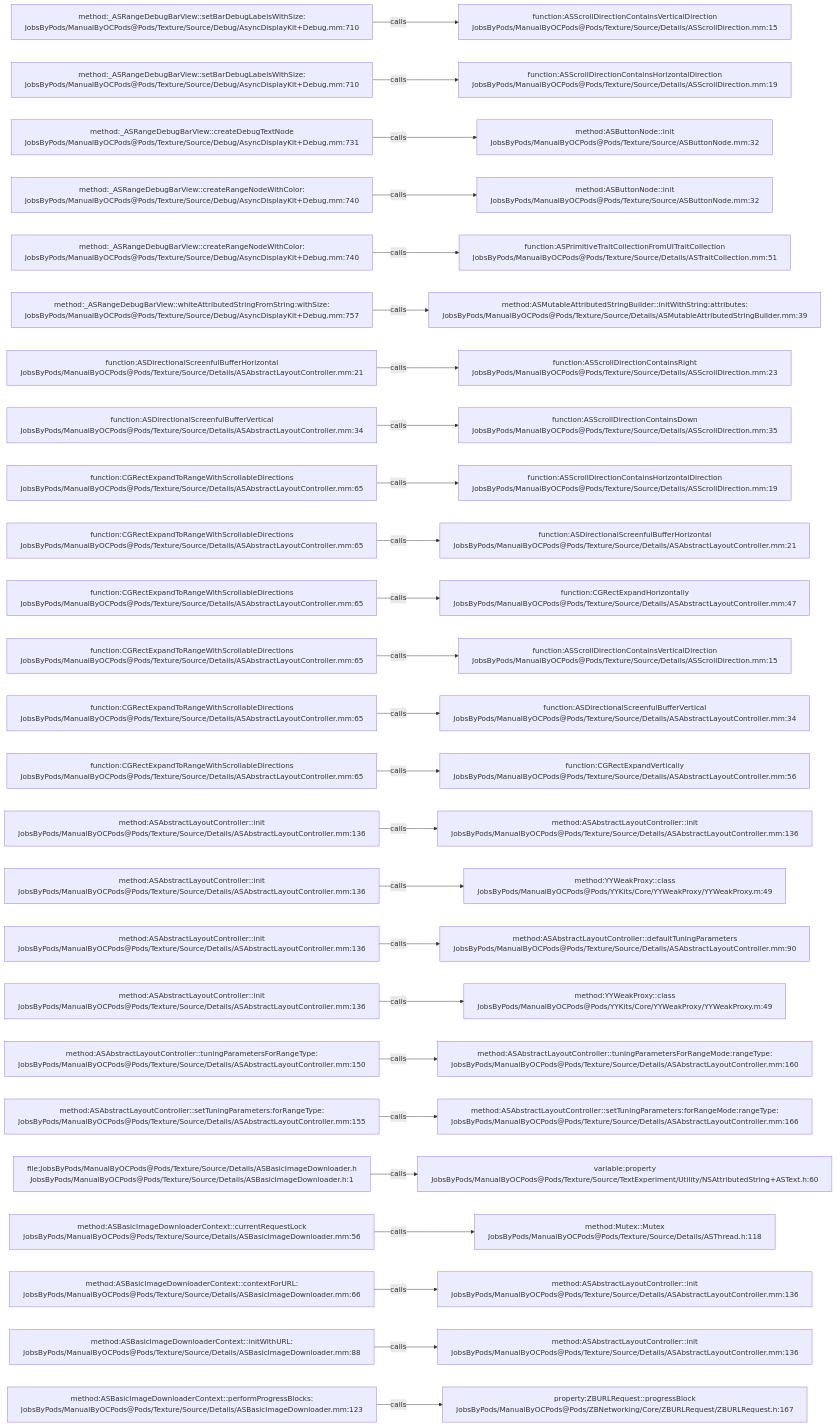
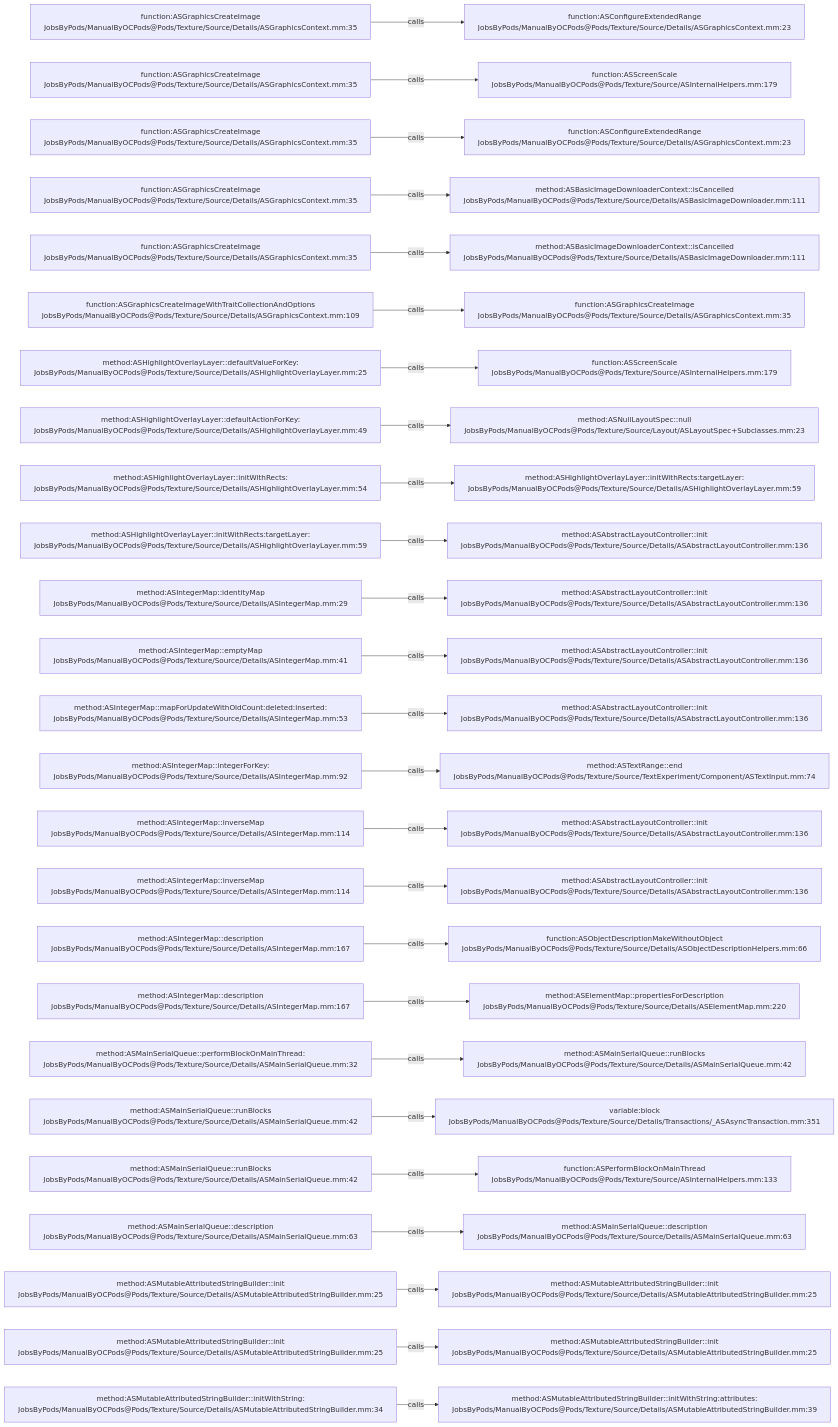
One commit to JobsKits/JobsOCBaseConfigDemo changed the diagram in .codegraph/codegraph.md/graphs/calls-142.md. Above: the diagram before and after it, drawn with Mermaid. The commit also changed 2723 other files, not shown here.

````diff
--- a/.codegraph/codegraph.md/graphs/calls-142.md
+++ b/.codegraph/codegraph.md/graphs/calls-142.md
@@ -13,78 +13,78 @@
 ```mermaid
 flowchart LR
-  S1["method:_ASRangeDebugBarView::setBarDebugLabelsWithSize:<br/>JobsByPods/ManualByOCPods@Pods/Texture/Source/Debug/AsyncDisplayKit+Debug.mm:710"]
-  T1["function:ASScrollDirectionContainsVerticalDirection<br/>JobsByPods/ManualByOCPods@Pods/Texture/Source/Details/ASScrollDirection.mm:15"]
+  S1["function:ASGraphicsCreateImage<br/>JobsByPods/ManualByOCPods@Pods/Texture/Source/Details/ASGraphicsContext.mm:35"]
+  T1["function:ASConfigureExtendedRange<br/>JobsByPods/ManualByOCPods@Pods/Texture/Source/Details/ASGraphicsContext.mm:23"]
   S1 -->|calls| T1
-  S2["method:_ASRangeDebugBarView::setBarDebugLabelsWithSize:<br/>JobsByPods/ManualByOCPods@Pods/Texture/Source/Debug/AsyncDisplayKit+Debug.mm:710"]
-  T2["function:ASScrollDirectionContainsHorizontalDirection<br/>JobsByPods/ManualByOCPods@Pods/Texture/Source/Details/ASScrollDirection.mm:19"]
+  S2["function:ASGraphicsCreateImage<br/>JobsByPods/ManualByOCPods@Pods/Texture/Source/Details/ASGraphicsContext.mm:35"]
+  T2["function:ASScreenScale<br/>JobsByPods/ManualByOCPods@Pods/Texture/Source/ASInternalHelpers.mm:179"]
   S2 -->|calls| T2
-  S3["method:_ASRangeDebugBarView::createDebugTextNode<br/>JobsByPods/ManualByOCPods@Pods/Texture/Source/Debug/AsyncDisplayKit+Debug.mm:731"]
-  T3["method:ASButtonNode::init<br/>JobsByPods/ManualByOCPods@Pods/Texture/Source/ASButtonNode.mm:32"]
+  S3["function:ASGraphicsCreateImage<br/>JobsByPods/ManualByOCPods@Pods/Texture/Source/Details/ASGraphicsContext.mm:35"]
+  T3["function:ASConfigureExtendedRange<br/>JobsByPods/ManualByOCPods@Pods/Texture/Source/Details/ASGraphicsContext.mm:23"]
   S3 -->|calls| T3
-  S4["method:_ASRangeDebugBarView::createRangeNodeWithColor:<br/>JobsByPods/ManualByOCPods@Pods/Texture/Source/Debug/AsyncDisplayKit+Debug.mm:740"]
-  T4["method:ASButtonNode::init<br/>JobsByPods/ManualByOCPods@Pods/Texture/Source/ASButtonNode.mm:32"]
+  S4["function:ASGraphicsCreateImage<br/>JobsByPods/ManualByOCPods@Pods/Texture/Source/Details/ASGraphicsContext.mm:35"]
+  T4["method:ASBasicImageDownloaderContext::isCancelled<br/>JobsByPods/ManualByOCPods@Pods/Texture/Source/Details/ASBasicImageDownloader.mm:111"]
   S4 -->|calls| T4
-  S5["method:_ASRangeDebugBarView::createRangeNodeWithColor:<br/>JobsByPods/ManualByOCPods@Pods/Texture/Source/Debug/AsyncDisplayKit+Debug.mm:740"]
-  T5["function:ASPrimitiveTraitCollectionFromUITraitCollection<br/>JobsByPods/ManualByOCPods@Pods/Texture/Source/Details/ASTraitCollection.mm:51"]
+  S5["function:ASGraphicsCreateImage<br/>JobsByPods/ManualByOCPods@Pods/Texture/Source/Details/ASGraphicsContext.mm:35"]
+  T5["method:ASBasicImageDownloaderContext::isCancelled<br/>JobsByPods/ManualByOCPods@Pods/Texture/Source/Details/ASBasicImageDownloader.mm:111"]
   S5 -->|calls| T5
-  S6["method:_ASRangeDebugBarView::whiteAttributedStringFromString:withSize:<br/>JobsByPods/ManualByOCPods@Pods/Texture/Source/Debug/AsyncDisplayKit+Debug.mm:757"]
-  T6["method:ASMutableAttributedStringBuilder::initWithString:attributes:<br/>JobsByPods/ManualByOCPods@Pods/Texture/Source/Details/ASMutableAttributedStringBuilder.mm:39"]
+  S6["function:ASGraphicsCreateImageWithTraitCollectionAndOptions<br/>JobsByPods/ManualByOCPods@Pods/Texture/Source/Details/ASGraphicsContext.mm:109"]
+  T6["function:ASGraphicsCreateImage<br/>JobsByPods/ManualByOCPods@Pods/Texture/Source/Details/ASGraphicsContext.mm:35"]
   S6 -->|calls| T6
-  S7["function:ASDirectionalScreenfulBufferHorizontal<br/>JobsByPods/ManualByOCPods@Pods/Texture/Source/Details/ASAbstractLayoutController.mm:21"]
-  T7["function:ASScrollDirectionContainsRight<br/>JobsByPods/ManualByOCPods@Pods/Texture/Source/Details/ASScrollDirection.mm:23"]
+  S7["method:ASHighlightOverlayLayer::defaultValueForKey:<br/>JobsByPods/ManualByOCPods@Pods/Texture/Source/Details/ASHighlightOverlayLayer.mm:25"]
+  T7["function:ASScreenScale<br/>JobsByPods/ManualByOCPods@Pods/Texture/Source/ASInternalHelpers.mm:179"]
   S7 -->|calls| T7
-  S8["function:ASDirectionalScreenfulBufferVertical<br/>JobsByPods/ManualByOCPods@Pods/Texture/Source/Details/ASAbstractLayoutController.mm:34"]
-  T8["function:ASScrollDirectionContainsDown<br/>JobsByPods/ManualByOCPods@Pods/Texture/Source/Details/ASScrollDirection.mm:35"]
+  S8["method:ASHighlightOverlayLayer::defaultActionForKey:<br/>JobsByPods/ManualByOCPods@Pods/Texture/Source/Details/ASHighlightOverlayLayer.mm:49"]
+  T8["method:ASNullLayoutSpec::null<br/>JobsByPods/ManualByOCPods@Pods/Texture/Source/Layout/ASLayoutSpec+Subclasses.mm:23"]
   S8 -->|calls| T8
-  S9["function:CGRectExpandToRangeWithScrollableDirections<br/>JobsByPods/ManualByOCPods@Pods/Texture/Source/Details/ASAbstractLayoutController.mm:65"]
-  T9["function:ASScrollDirectionContainsHorizontalDirection<br/>JobsByPods/ManualByOCPods@Pods/Texture/Source/Details/ASScrollDirection.mm:19"]
+  S9["method:ASHighlightOverlayLayer::initWithRects:<br/>JobsByPods/ManualByOCPods@Pods/Texture/Source/Details/ASHighlightOverlayLayer.mm:54"]
+  T9["method:ASHighlightOverlayLayer::initWithRects:targetLayer:<br/>JobsByPods/ManualByOCPods@Pods/Texture/Source/Details/ASHighlightOverlayLayer.mm:59"]
   S9 -->|calls| T9
-  S10["function:CGRectExpandToRangeWithScrollableDirections<br/>JobsByPods/ManualByOCPods@Pods/Texture/Source/Details/ASAbstractLayoutController.mm:65"]
-  T10["function:ASDirectionalScreenfulBufferHorizontal<br/>JobsByPods/ManualByOCPods@Pods/Texture/Source/Details/ASAbstractLayoutController.mm:21"]
+  S10["method:ASHighlightOverlayLayer::initWithRects:targetLayer:<br/>JobsByPods/ManualByOCPods@Pods/Texture/Source/Details/ASHighlightOverlayLayer.mm:59"]
+  T10["method:ASAbstractLayoutController::init<br/>JobsByPods/ManualByOCPods@Pods/Texture/Source/Details/ASAbstractLayoutController.mm:136"]
   S10 -->|calls| T10
-  S11["function:CGRectExpandToRangeWithScrollableDirections<br/>JobsByPods/ManualByOCPods@Pods/Texture/Source/Details/ASAbstractLayoutController.mm:65"]
-  T11["function:CGRectExpandHorizontally<br/>JobsByPods/ManualByOCPods@Pods/Texture/Source/Details/ASAbstractLayoutController.mm:47"]
+  S11["method:ASIntegerMap::identityMap<br/>JobsByPods/ManualByOCPods@Pods/Texture/Source/Details/ASIntegerMap.mm:29"]
+  T11["method:ASAbstractLayoutController::init<br/>JobsByPods/ManualByOCPods@Pods/Texture/Source/Details/ASAbstractLayoutController.mm:136"]
   S11 -->|calls| T11
-  S12["function:CGRectExpandToRangeWithScrollableDirections<br/>JobsByPods/ManualByOCPods@Pods/Texture/Source/Details/ASAbstractLayoutController.mm:65"]
-  T12["function:ASScrollDirectionContainsVerticalDirection<br/>JobsByPods/ManualByOCPods@Pods/Texture/Source/Details/ASScrollDirection.mm:15"]
+  S12["method:ASIntegerMap::emptyMap<br/>JobsByPods/ManualByOCPods@Pods/Texture/Source/Details/ASIntegerMap.mm:41"]
+  T12["method:ASAbstractLayoutController::init<br/>JobsByPods/ManualByOCPods@Pods/Texture/Source/Details/ASAbstractLayoutController.mm:136"]
   S12 -->|calls| T12
-  S13["function:CGRectExpandToRangeWithScrollableDirections<br/>JobsByPods/ManualByOCPods@Pods/Texture/Source/Details/ASAbstractLayoutController.mm:65"]
-  T13["function:ASDirectionalScreenfulBufferVertical<br/>JobsByPods/ManualByOCPods@Pods/Texture/Source/Details/ASAbstractLayoutController.mm:34"]
+  S13["method:ASIntegerMap::mapForUpdateWithOldCount:deleted:inserted:<br/>JobsByPods/ManualByOCPods@Pods/Texture/Source/Details/ASIntegerMap.mm:53"]
+  T13["method:ASAbstractLayoutController::init<br/>JobsByPods/ManualByOCPods@Pods/Texture/Source/Details/ASAbstractLayoutController.mm:136"]
   S13 -->|calls| T13
-  S14["function:CGRectExpandToRangeWithScrollableDirections<br/>JobsByPods/ManualByOCPods@Pods/Texture/Source/Details/ASAbstractLayoutController.mm:65"]
-  T14["function:CGRectExpandVertically<br/>JobsByPods/ManualByOCPods@Pods/Texture/Source/Details/ASAbstractLayoutController.mm:56"]
+  S14["method:ASIntegerMap::integerForKey:<br/>JobsByPods/ManualByOCPods@Pods/Texture/Source/Details/ASIntegerMap.mm:92"]
+  T14["method:ASTextRange::end<br/>JobsByPods/ManualByOCPods@Pods/Texture/Source/TextExperiment/Component/ASTextInput.mm:74"]
   S14 -->|calls| T14
-  S15["method:ASAbstractLayoutController::init<br/>JobsByPods/ManualByOCPods@Pods/Texture/Source/Details/ASAbstractLayoutController.mm:136"]
+  S15["method:ASIntegerMap::inverseMap<br/>JobsByPods/ManualByOCPods@Pods/Texture/Source/Details/ASIntegerMap.mm:114"]
   T15["method:ASAbstractLayoutController::init<br/>JobsByPods/ManualByOCPods@Pods/Texture/Source/Details/ASAbstractLayoutController.mm:136"]
   S15 -->|calls| T15
-  S16["method:ASAbstractLayoutController::init<br/>JobsByPods/ManualByOCPods@Pods/Texture/Source/Details/ASAbstractLayoutController.mm:136"]
-  T16["method:YYWeakProxy::class<br/>JobsByPods/ManualByOCPods@Pods/YYKits/Core/YYWeakProxy/YYWeakProxy.m:49"]
+  S16["method:ASIntegerMap::inverseMap<br/>JobsByPods/ManualByOCPods@Pods/Texture/Source/Details/ASIntegerMap.mm:114"]
+  T16["method:ASAbstractLayoutController::init<br/>JobsByPods/ManualByOCPods@Pods/Texture/Source/Details/ASAbstractLayoutController.mm:136"]
   S16 -->|calls| T16
-  S17["method:ASAbstractLayoutController::init<br/>JobsByPods/ManualByOCPods@Pods/Texture/Source/Details/ASAbstractLayoutController.mm:136"]
-  T17["method:ASAbstractLayoutController::defaultTuningParameters<br/>JobsByPods/ManualByOCPods@Pods/Texture/Source/Details/ASAbstractLayoutController.mm:90"]
+  S17["method:ASIntegerMap::description<br/>JobsByPods/ManualByOCPods@Pods/Texture/Source/Details/ASIntegerMap.mm:167"]
+  T17["function:ASObjectDescriptionMakeWithoutObject<br/>JobsByPods/ManualByOCPods@Pods/Texture/Source/Details/ASObjectDescriptionHelpers.mm:66"]
   S17 -->|calls| T17
-  S18["method:ASAbstractLayoutController::init<br/>JobsByPods/ManualByOCPods@Pods/Texture/Source/Details/ASAbstractLayoutController.mm:136"]
-  T18["method:YYWeakProxy::class<br/>JobsByPods/ManualByOCPods@Pods/YYKits/Core/YYWeakProxy/YYWeakProxy.m:49"]
+  S18["method:ASIntegerMap::description<br/>JobsByPods/ManualByOCPods@Pods/Texture/Source/Details/ASIntegerMap.mm:167"]
+  T18["method:ASElementMap::propertiesForDescription<br/>JobsByPods/ManualByOCPods@Pods/Texture/Source/Details/ASElementMap.mm:220"]
   S18 -->|calls| T18
-  S19["method:ASAbstractLayoutController::tuningParametersForRangeType:<br/>JobsByPods/ManualByOCPods@Pods/Texture/Source/Details/ASAbstractLayoutController.mm:150"]
-  T19["method:ASAbstractLayoutController::tuningParametersForRangeMode:rangeType:<br/>JobsByPods/ManualByOCPods@Pods/Texture/Source/Details/ASAbstractLayoutController.mm:160"]
+  S19["method:ASMainSerialQueue::performBlockOnMainThread:<br/>JobsByPods/ManualByOCPods@Pods/Texture/Source/Details/ASMainSerialQueue.mm:32"]
+  T19["method:ASMainSerialQueue::runBlocks<br/>JobsByPods/ManualByOCPods@Pods/Texture/Source/Details/ASMainSerialQueue.mm:42"]
   S19 -->|calls| T19
-  S20["method:ASAbstractLayoutController::setTuningParameters:forRangeType:<br/>JobsByPods/ManualByOCPods@Pods/Texture/Source/Details/ASAbstractLayoutController.mm:155"]
-  T20["method:ASAbstractLayoutController::setTuningParameters:forRangeMode:rangeType:<br/>JobsByPods/ManualByOCPods@Pods/Texture/Source/Details/ASAbstractLayoutController.mm:166"]
+  S20["method:ASMainSerialQueue::runBlocks<br/>JobsByPods/ManualByOCPods@Pods/Texture/Source/Details/ASMainSerialQueue.mm:42"]
+  T20["variable:block<br/>JobsByPods/ManualByOCPods@Pods/Texture/Source/Details/Transactions/_ASAsyncTransaction.mm:351"]
   S20 -->|calls| T20
-  S21["file:JobsByPods/ManualByOCPods@Pods/Texture/Source/Details/ASBasicImageDownloader.h<br/>JobsByPods/ManualByOCPods@Pods/Texture/Source/Details/ASBasicImageDownloader.h:1"]
-  T21["variable:property<br/>JobsByPods/ManualByOCPods@Pods/Texture/Source/TextExperiment/Utility/NSAttributedString+ASText.h:60"]
+  S21["method:ASMainSerialQueue::runBlocks<br/>JobsByPods/ManualByOCPods@Pods/Texture/Source/Details/ASMainSerialQueue.mm:42"]
+  T21["function:ASPerformBlockOnMainThread<br/>JobsByPods/ManualByOCPods@Pods/Texture/Source/ASInternalHelpers.mm:133"]
   S21 -->|calls| T21
-  S22["method:ASBasicImageDownloaderContext::currentRequestLock<br/>JobsByPods/ManualByOCPods@Pods/Texture/Source/Details/ASBasicImageDownloader.mm:56"]
-  T22["method:Mutex::Mutex<br/>JobsByPods/ManualByOCPods@Pods/Texture/Source/Details/ASThread.h:118"]
+  S22["method:ASMainSerialQueue::description<br/>JobsByPods/ManualByOCPods@Pods/Texture/Source/Details/ASMainSerialQueue.mm:63"]
+  T22["method:ASMainSerialQueue::description<br/>JobsByPods/ManualByOCPods@Pods/Texture/Source/Details/ASMainSerialQueue.mm:63"]
   S22 -->|calls| T22
-  S23["method:ASBasicImageDownloaderContext::contextForURL:<br/>JobsByPods/ManualByOCPods@Pods/Texture/Source/Details/ASBasicImageDownloader.mm:66"]
-  T23["method:ASAbstractLayoutController::init<br/>JobsByPods/ManualByOCPods@Pods/Texture/Source/Details/ASAbstractLayoutController.mm:136"]
+  S23["method:ASMutableAttributedStringBuilder::init<br/>JobsByPods/ManualByOCPods@Pods/Texture/Source/Details/ASMutableAttributedStringBuilder.mm:25"]
+  T23["method:ASMutableAttributedStringBuilder::init<br/>JobsByPods/ManualByOCPods@Pods/Texture/Source/Details/ASMutableAttributedStringBuilder.mm:25"]
   S23 -->|calls| T23
-  S24["method:ASBasicImageDownloaderContext::initWithURL:<br/>JobsByPods/ManualByOCPods@Pods/Texture/Source/Details/ASBasicImageDownloader.mm:88"]
-  T24["method:ASAbstractLayoutController::init<br/>JobsByPods/ManualByOCPods@Pods/Texture/Source/Details/ASAbstractLayoutController.mm:136"]
+  S24["method:ASMutableAttributedStringBuilder::init<br/>JobsByPods/ManualByOCPods@Pods/Texture/Source/Details/ASMutableAttributedStringBuilder.mm:25"]
+  T24["method:ASMutableAttributedStringBuilder::init<br/>JobsByPods/ManualByOCPods@Pods/Texture/Source/Details/ASMutableAttributedStringBuilder.mm:25"]
   S24 -->|calls| T24
-  S25["method:ASBasicImageDownloaderContext::performProgressBlocks:<br/>JobsByPods/ManualByOCPods@Pods/Texture/Source/Details/ASBasicImageDownloader.mm:123"]
-  T25["property:ZBURLRequest::progressBlock<br/>JobsByPods/ManualByOCPods@Pods/ZBNetworking/Core/ZBURLRequest/ZBURLRequest.h:167"]
+  S25["method:ASMutableAttributedStringBuilder::initWithString:<br/>JobsByPods/ManualByOCPods@Pods/Texture/Source/Details/ASMutableAttributedStringBuilder.mm:34"]
+  T25["method:ASMutableAttributedStringBuilder::initWithString:attributes:<br/>JobsByPods/ManualByOCPods@Pods/Texture/Source/Details/ASMutableAttributedStringBuilder.mm:39"]
   S25 -->|calls| T25
 ```
````
